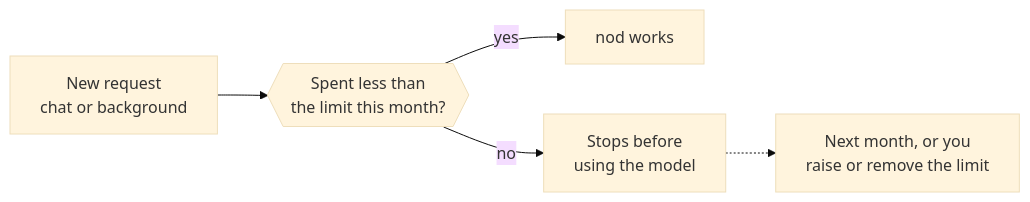
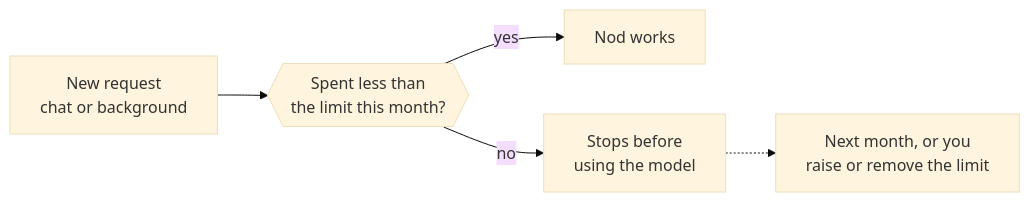
The diagram in docs/src/content/docs/use/spending.md (KrishBhimani/nod), drawn with Mermaid (base theme) before and after one commit. The commit also changed other lines of this file and 275 other files, not shown here.

````diff
--- a/docs/src/content/docs/use/spending.md
+++ b/docs/src/content/docs/use/spending.md
@@ -35,7 +35,7 @@
 ```mermaid
 flowchart LR
   req[New request<br/>chat or background]:::accent --> check{{Spent less than<br/>the limit this month?}}
-  check -- yes --> run[nod works]:::go
+  check -- yes --> run[Nod works]:::go
   check -- no --> stop[Stops before<br/>using the model]:::stop
   stop -.-> lift[Next month, or you<br/>raise or remove the limit]:::muted
 ```
````
